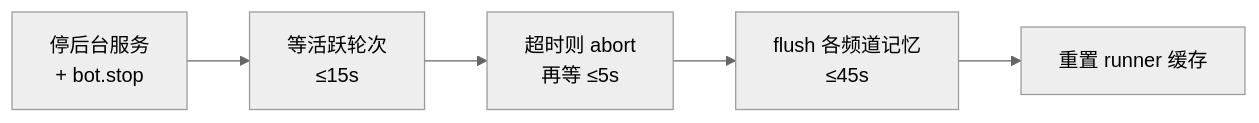
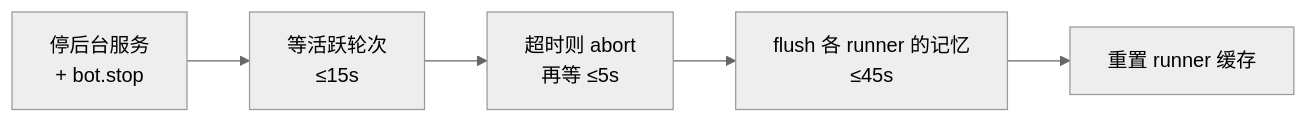
One commit to oyasmi/pipiclaw changed the fourth of 4 diagrams in docs/architecture.md. Above: the diagram before and after it, drawn with Mermaid (neutral theme). The commit also changed other lines of this file and 22 other files, not shown here.

````diff
--- a/docs/architecture.md
+++ b/docs/architecture.md
@@ -400,4 +411,4 @@
 ```mermaid
 flowchart LR
-    A[停后台服务<br/>+ bot.stop] --> B[等活跃轮次<br/>≤15s] --> C[超时则 abort<br/>再等 ≤5s] --> D[flush 各频道记忆<br/>≤45s] --> E[重置 runner 缓存]
+    A[停后台服务<br/>+ bot.stop] --> B[等活跃轮次<br/>≤15s] --> C[超时则 abort<br/>再等 ≤5s] --> D[flush 各 runner 的记忆<br/>≤45s] --> E[重置 runner 缓存]
 ```
````
